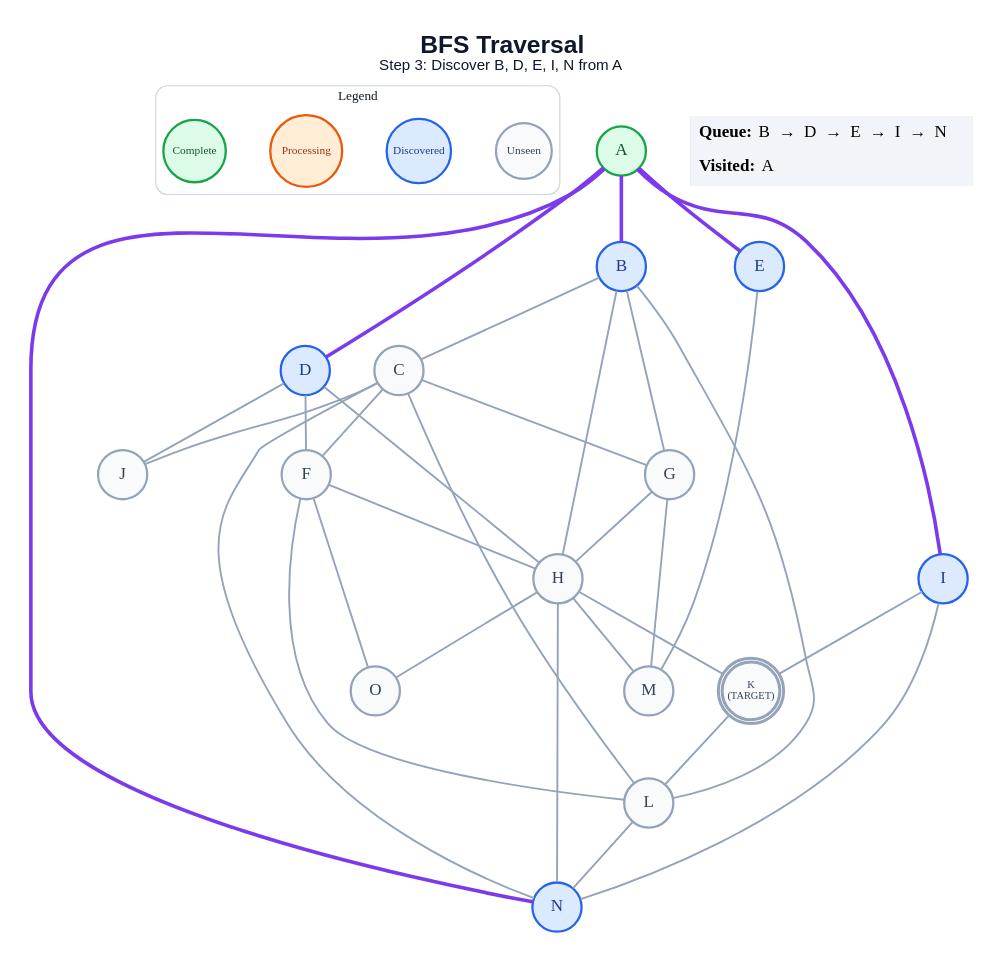
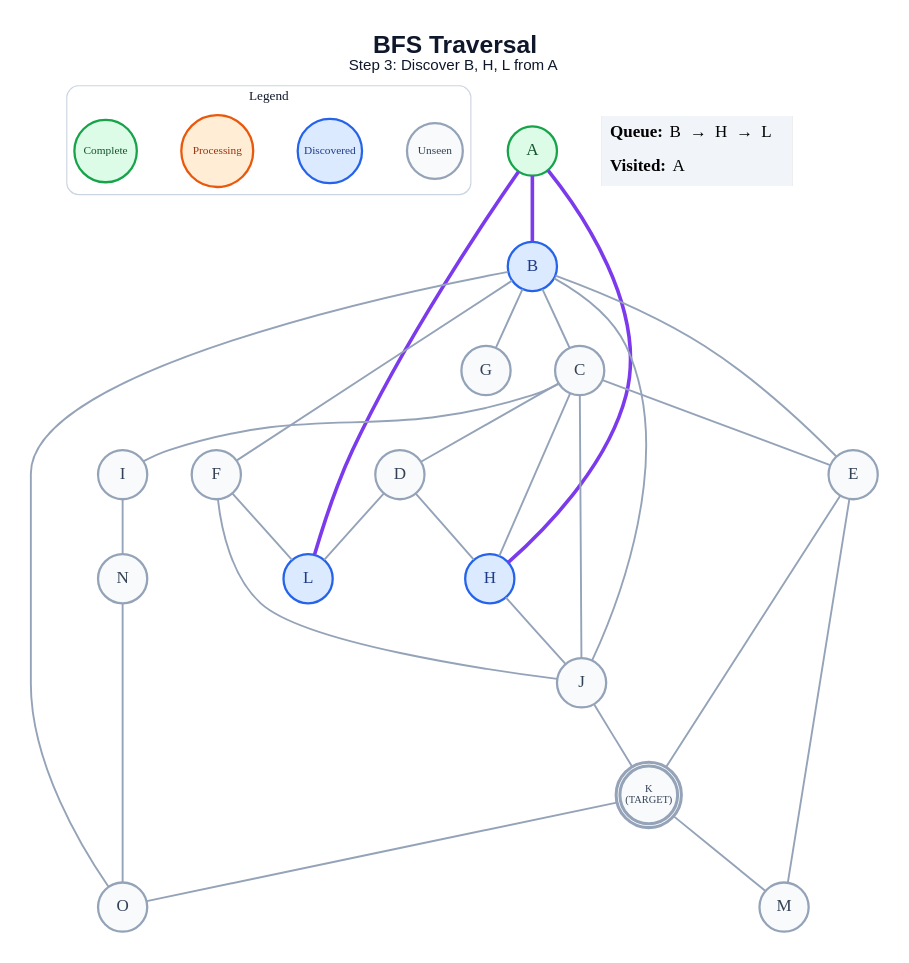
The diagram in generated/bfs/step_03.dot (anon7238593-create/ai-slop), drawn with Graphviz before and after one commit. The commit also changed 291 other files, not shown here.

```diff
--- a/generated/bfs/step_03.dot
+++ b/generated/bfs/step_03.dot
@@ -1,65 +1,60 @@
 graph traversal {
   graph [layout=dot, rankdir=TB, bgcolor="#FFFFFF", pad="0.35", nodesep="0.65", ranksep="0.8", fontname="Arial"];
   node [shape=circle, style="filled", fontname="Arial Bold", fontsize=18, width=0.72, fixedsize=true, penwidth=2.4];
   edge [color="#94A3B8", penwidth=2.0];
-  label=<<B>BFS Traversal</B><BR/><FONT POINT-SIZE="16">Step 3: Discover B, D, E, I, N from A</FONT>>; labelloc="t"; fontsize=26; fontname="Arial"; fontcolor="#0F172A";
+  label=<<B>BFS Traversal</B><BR/><FONT POINT-SIZE="16">Step 3: Discover B, H, L from A</FONT>>; labelloc="t"; fontsize=26; fontname="Arial"; fontcolor="#0F172A";
   subgraph cluster_legend { label="Legend"; color="#CBD5E1"; penwidth=1.2; style="rounded"; fontsize=14; fontname="Arial Bold";
     key_unseen [label="Unseen", fillcolor="#F8FAFC", color="#94A3B8", fontcolor="#334155", fontsize=12, width=0.82];
     key_frontier [label="Discovered", fillcolor="#DBEAFE", color="#2563EB", fontcolor="#1E3A8A", fontsize=12, width=0.95];
     key_current [label="Processing", fillcolor="#FFEDD5", color="#EA580C", fontcolor="#9A3412", fontsize=12, width=1.05];
     key_done [label="Complete", fillcolor="#DCFCE7", color="#16A34A", fontcolor="#14532D", fontsize=12, width=0.92];
     { rank=same; key_unseen; key_frontier; key_current; key_done; }
   }
   A [label="A", fillcolor="#DCFCE7", color="#16A34A", fontcolor="#14532D", peripheries=1, penwidth=2.4];
   B [label="B", fillcolor="#DBEAFE", color="#2563EB", fontcolor="#1E3A8A", peripheries=1, penwidth=2.4];
   C [label="C", fillcolor="#F8FAFC", color="#94A3B8", fontcolor="#334155", peripheries=1, penwidth=2.4];
-  D [label="D", fillcolor="#DBEAFE", color="#2563EB", fontcolor="#1E3A8A", peripheries=1, penwidth=2.4];
-  E [label="E", fillcolor="#DBEAFE", color="#2563EB", fontcolor="#1E3A8A", peripheries=1, penwidth=2.4];
+  D [label="D", fillcolor="#F8FAFC", color="#94A3B8", fontcolor="#334155", peripheries=1, penwidth=2.4];
+  E [label="E", fillcolor="#F8FAFC", color="#94A3B8", fontcolor="#334155", peripheries=1, penwidth=2.4];
   F [label="F", fillcolor="#F8FAFC", color="#94A3B8", fontcolor="#334155", peripheries=1, penwidth=2.4];
   G [label="G", fillcolor="#F8FAFC", color="#94A3B8", fontcolor="#334155", peripheries=1, penwidth=2.4];
-  H [label="H", fillcolor="#F8FAFC", color="#94A3B8", fontcolor="#334155", peripheries=1, penwidth=2.4];
-  I [label="I", fillcolor="#DBEAFE", color="#2563EB", fontcolor="#1E3A8A", peripheries=1, penwidth=2.4];
+  H [label="H", fillcolor="#DBEAFE", color="#2563EB", fontcolor="#1E3A8A", peripheries=1, penwidth=2.4];
+  I [label="I", fillcolor="#F8FAFC", color="#94A3B8", fontcolor="#334155", peripheries=1, penwidth=2.4];
   J [label="J", fillcolor="#F8FAFC", color="#94A3B8", fontcolor="#334155", peripheries=1, penwidth=2.4];
   K [label="K\n(TARGET)", fillcolor="#F8FAFC", color="#94A3B8", fontcolor="#334155", peripheries=2, penwidth=3.2, fontsize=11, width=0.85, height=0.85];
-  L [label="L", fillcolor="#F8FAFC", color="#94A3B8", fontcolor="#334155", peripheries=1, penwidth=2.4];
+  L [label="L", fillcolor="#DBEAFE", color="#2563EB", fontcolor="#1E3A8A", peripheries=1, penwidth=2.4];
   M [label="M", fillcolor="#F8FAFC", color="#94A3B8", fontcolor="#334155", peripheries=1, penwidth=2.4];
-  N [label="N", fillcolor="#DBEAFE", color="#2563EB", fontcolor="#1E3A8A", peripheries=1, penwidth=2.4];
+  N [label="N", fillcolor="#F8FAFC", color="#94A3B8", fontcolor="#334155", peripheries=1, penwidth=2.4];
   O [label="O", fillcolor="#F8FAFC", color="#94A3B8", fontcolor="#334155", peripheries=1, penwidth=2.4];
   A -- B [color="#7C3AED", penwidth=3.8];
-  A -- D [color="#7C3AED", penwidth=3.8];
-  A -- E [color="#7C3AED", penwidth=3.8];
-  A -- I [color="#7C3AED", penwidth=3.8];
-  A -- N [color="#7C3AED", penwidth=3.8];
+  A -- H [color="#7C3AED", penwidth=3.8];
+  A -- L [color="#7C3AED", penwidth=3.8];
   B -- C;
+  B -- E;
+  B -- F;
   B -- G;
-  B -- H;
-  B -- L;
-  C -- F;
-  C -- G;
+  B -- J;
+  B -- O;
+  C -- D;
+  C -- E;
+  C -- H;
+  C -- I;
   C -- J;
-  C -- L;
-  C -- N;
-  D -- F;
   D -- H;
-  D -- J;
+  D -- L;
+  E -- K;
   E -- M;
-  F -- H;
+  F -- J;
   F -- L;
-  F -- O;
-  G -- H;
-  G -- M;
-  H -- K;
-  H -- M;
-  H -- N;
-  H -- O;
-  I -- K;
+  H -- J;
   I -- N;
-  K -- L;
-  L -- N;
+  J -- K;
+  K -- M;
+  K -- O;
+  N -- O;
   status [shape=plain, fixedsize=false, width=0, height=0, margin=0, label=<
     <TABLE BORDER="0" CELLBORDER="0" CELLPADDING="7" BGCOLOR="#F1F5F9">
-      <TR><TD ALIGN="LEFT"><B>Queue:</B> B  →  D  →  E  →  I  →  N</TD></TR>
+      <TR><TD ALIGN="LEFT"><B>Queue:</B> B  →  H  →  L</TD></TR>
       <TR><TD ALIGN="LEFT"><B>Visited:</B> A</TD></TR>
     </TABLE>
   >];
 }
```
